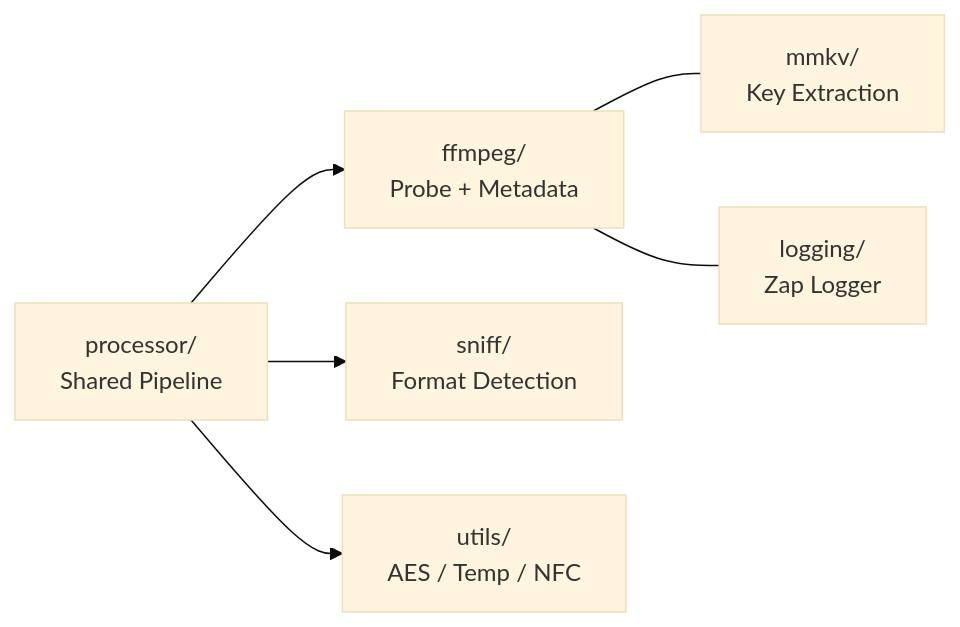
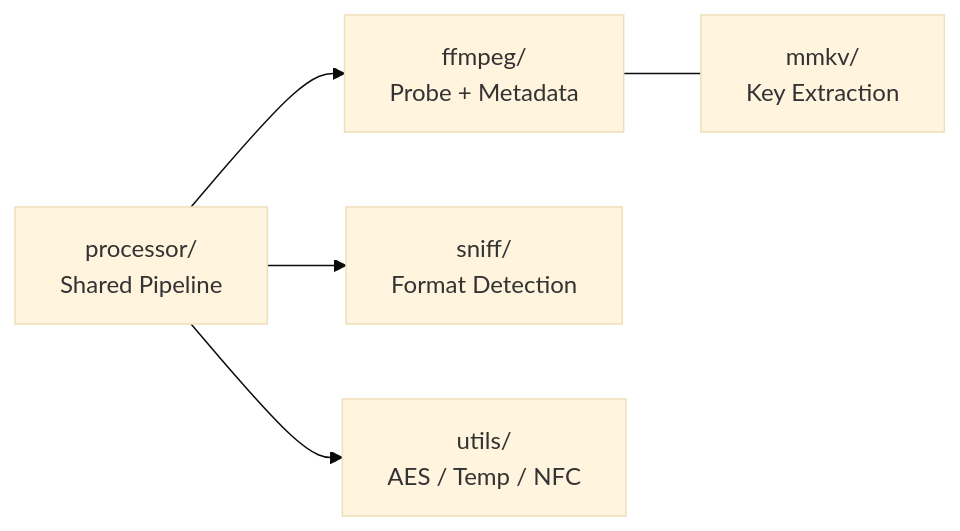
One commit to leafxdd/unlock-music changed the diagram in internal/CLAUDE.md. Above: the diagram before and after it, drawn with Mermaid (base theme). The commit also changed other lines of this file and 5 other files, not shown here.

````diff
--- a/internal/CLAUDE.md
+++ b/internal/CLAUDE.md
@@ -9,8 +9,7 @@
 ```mermaid
 graph LR
     PROC["processor/<br/>Shared Pipeline"] --> FF["ffmpeg/<br/>Probe + Metadata"]
     PROC --> SNIFF["sniff/<br/>Format Detection"]
     PROC --> UTIL["utils/<br/>AES / Temp / NFC"]
     FF --- MMKV["mmkv/<br/>Key Extraction"]
-    FF --- LOG["logging/<br/>Zap Logger"]
 ```
````
